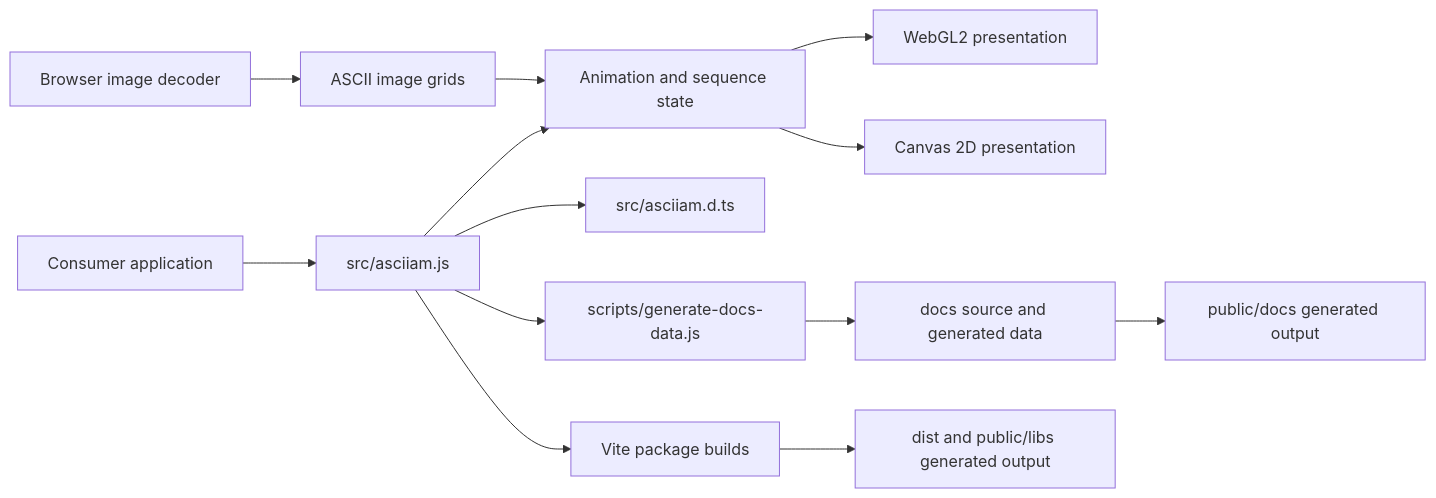
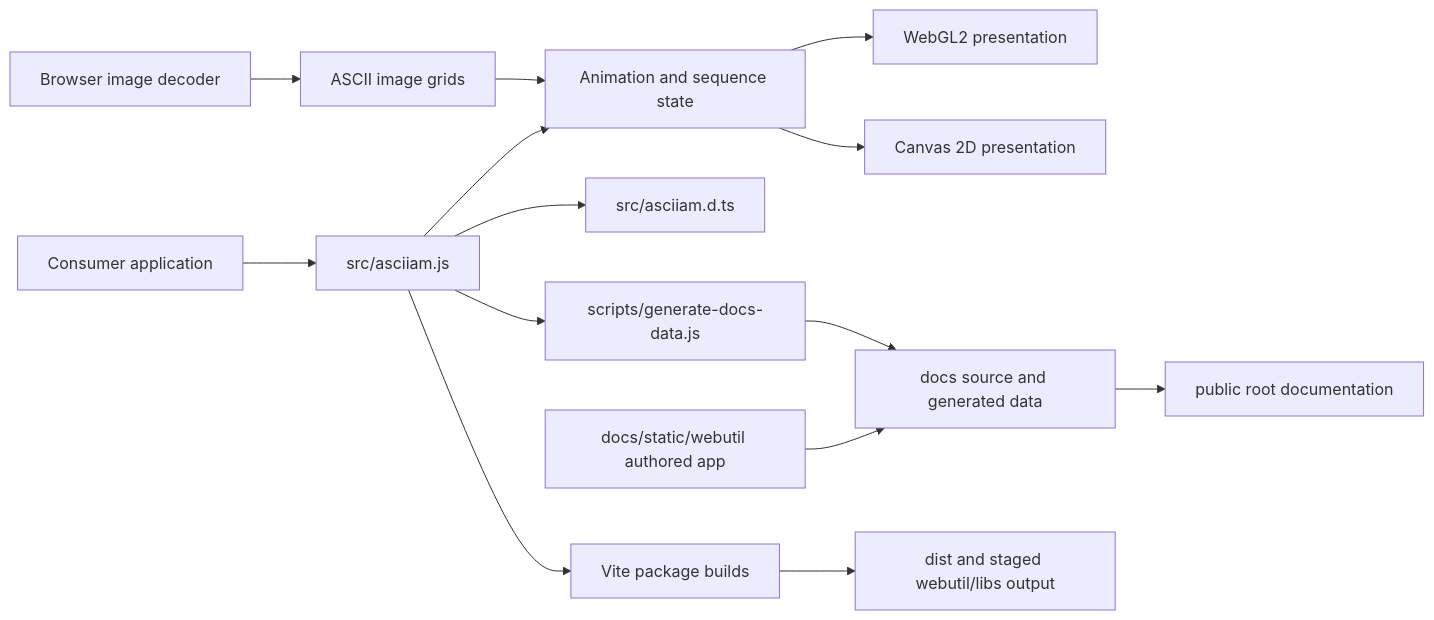
Before and after one commit to staticcanvas/asciiam: the diagram in architecture/README.md, drawn with Mermaid. The commit also changed other lines of this file and 196 other files, not shown here.

First line of the commit message:
feat(site): make documentation the deployment root

````diff
--- a/architecture/README.md
+++ b/architecture/README.md
@@ -7,15 +7,16 @@
 ```mermaid
 flowchart LR
   App[Consumer application] --> API[src/asciiam.js]
   API --> State[Animation and sequence state]
   State --> WebGL[WebGL2 presentation]
   State --> Canvas[Canvas 2D presentation]
   Media[Browser image decoder] --> Samples[ASCII image grids]
   Samples --> State
   API --> Types[src/asciiam.d.ts]
   API --> Data[scripts/generate-docs-data.js]
   Data --> Hugo[docs source and generated data]
-  Hugo --> Site[public/docs generated output]
+  Hugo --> Site[public root documentation]
+  Utility[docs/static/webutil authored app] --> Hugo
   API --> Build[Vite package builds]
-  Build --> Dist[dist and public/libs generated output]
+  Build --> Dist[dist and staged webutil/libs output]
 ```
````
